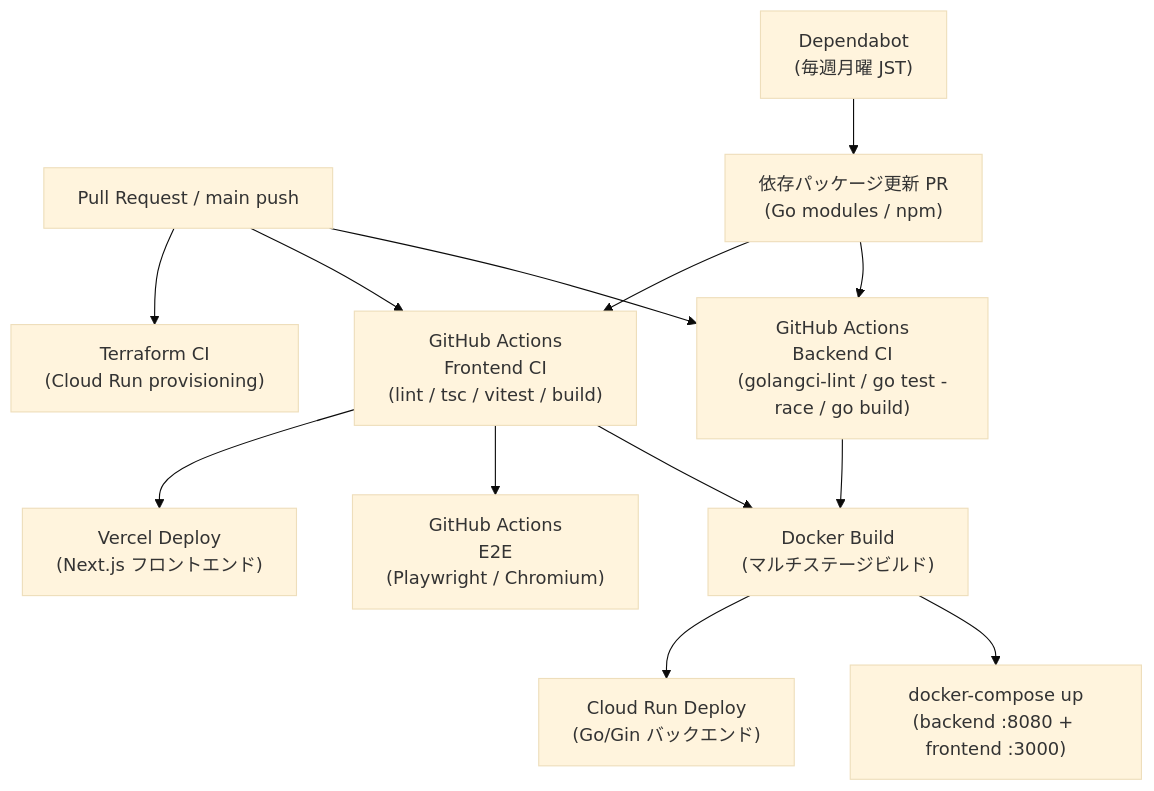
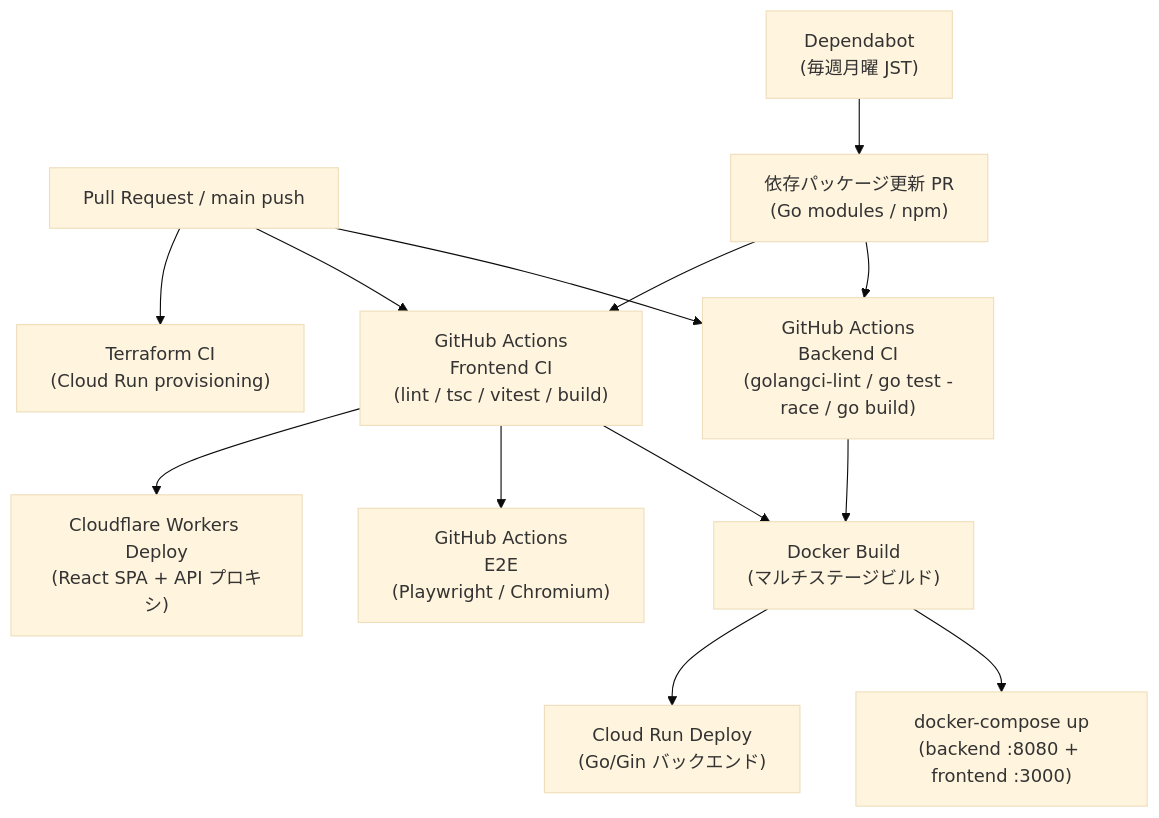
One commit to glkt3912/yield-guard changed the second of 3 diagrams in docs/architecture.md. Above: the diagram before and after it, drawn with Mermaid (base theme). The commit also changed other lines of this file and 12 other files, not shown here.

First line of the commit message:
docs: document Cloudflare Workers hosting and update Next.js/Vercel references

````diff
--- a/docs/architecture.md
+++ b/docs/architecture.md
@@ -84,27 +85,27 @@
 ```mermaid
 graph TD
     PR["Pull Request / main push"]
     CI_BE["GitHub Actions\nBackend CI\n(golangci-lint / go test -race / go build)"]
     CI_FE["GitHub Actions\nFrontend CI\n(lint / tsc / vitest / build)"]
     CI_E2E["GitHub Actions\nE2E\n(Playwright / Chromium)"]
     Docker["Docker Build\n(マルチステージビルド)"]
     Compose["docker-compose up\n(backend :8080 + frontend :3000)"]
-    Vercel["Vercel Deploy\n(Next.js フロントエンド)"]
+    Cloudflare["Cloudflare Workers Deploy\n(React SPA + API プロキシ)"]
     CloudRun["Cloud Run Deploy\n(Go/Gin バックエンド)"]
     Terraform["Terraform CI\n(Cloud Run provisioning)"]
     Dependabot["Dependabot\n(毎週月曜 JST)"]
     DepPR["依存パッケージ更新 PR\n(Go modules / npm)"]
 
     PR --> CI_BE
     PR --> CI_FE
     PR --> Terraform
     CI_BE --> Docker
     CI_FE --> Docker
     CI_FE --> CI_E2E
     Docker --> Compose
-    CI_FE --> Vercel
+    CI_FE --> Cloudflare
     Docker --> CloudRun
     Dependabot --> DepPR
     DepPR --> CI_BE
     DepPR --> CI_FE
 ```
````
